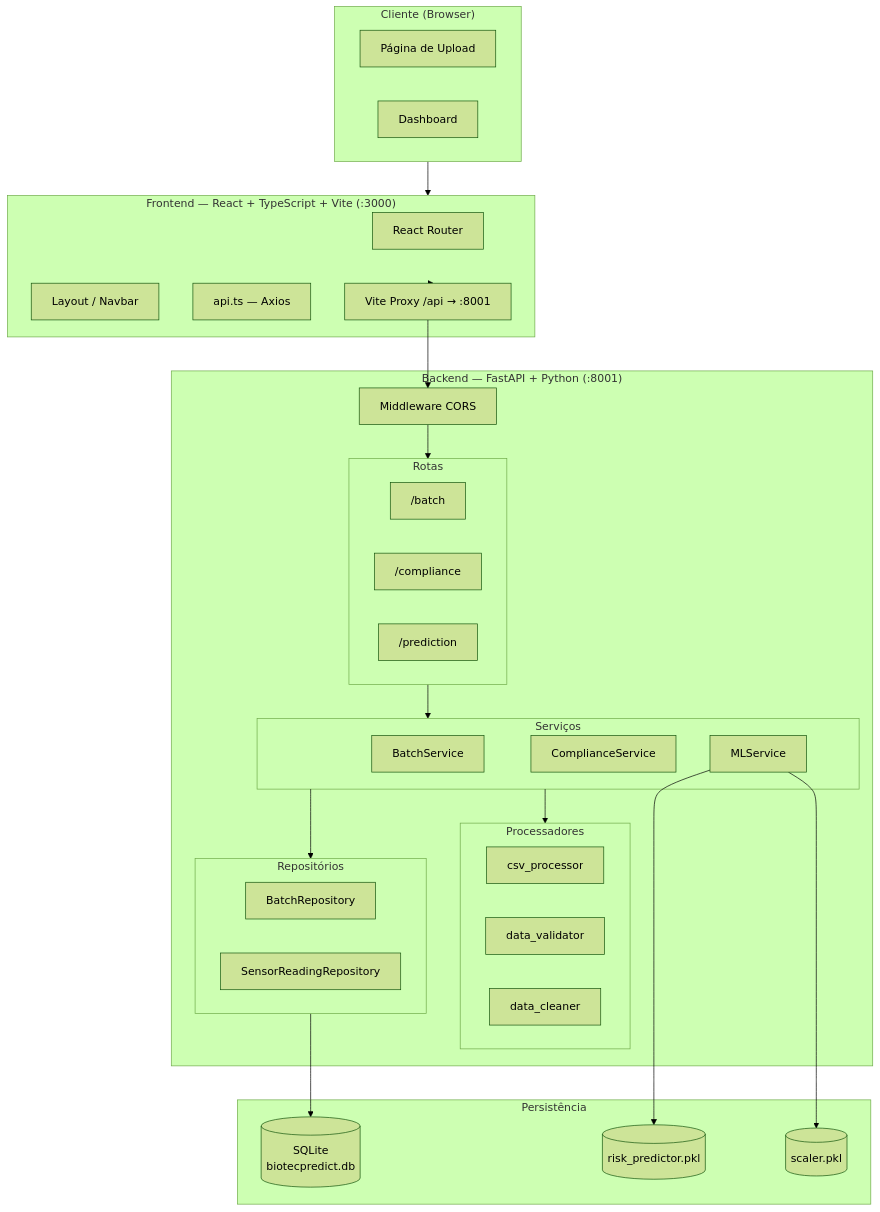
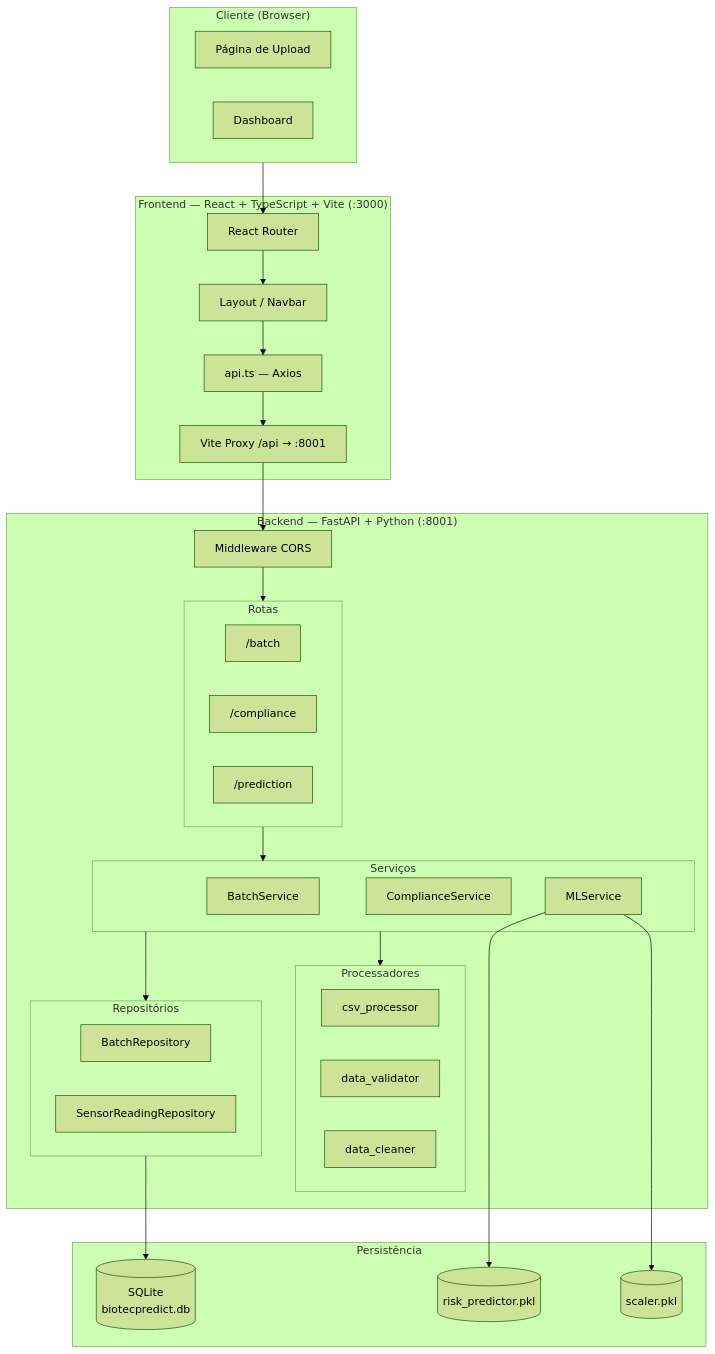
Before and after one commit to micheleoliveiracod/Projeto-avaliativo-M1-2-BiotecPredict: the first of 9 diagrams in docs/DIAGRAMAS.md, drawn with Mermaid (forest theme). The commit also changed other lines of this file, not shown here.

Commit message:
docs: altera layout do diagrama 05-pipeline-ml

````diff
--- a/docs/DIAGRAMAS.md
+++ b/docs/DIAGRAMAS.md
@@ -9,54 +9,56 @@
 ```mermaid
 graph TB
     subgraph Client ["Cliente (Browser)"]
         UI_UP[Página de Upload]
         UI_DB[Dashboard]
     end
 
     subgraph FE ["Frontend — React + TypeScript + Vite (:3000)"]
         ROUTER[React Router]
         LAYOUT[Layout / Navbar]
         SVC_API[api.ts — Axios]
         PROXY[Vite Proxy /api → :8001]
     end
 
     subgraph BE ["Backend — FastAPI + Python (:8001)"]
         MW[Middleware CORS]
         subgraph ROUTES ["Rotas"]
             R_BATCH["/batch"]
             R_COMP["/compliance"]
             R_PRED["/prediction"]
         end
         subgraph SERVICES ["Serviços"]
             S_BATCH[BatchService]
             S_COMP[ComplianceService]
             S_ML[MLService]
         end
         subgraph PROC ["Processadores"]
             P_CSV[csv_processor]
             P_VAL[data_validator]
             P_CLEAN[data_cleaner]
         end
         subgraph REPOS ["Repositórios"]
             RP_BATCH[BatchRepository]
             RP_SENSOR[SensorReadingRepository]
         end
     end
 
     subgraph STORAGE ["Persistência"]
         DB[(SQLite\nbiotecpredict.db)]
         PKL1[(risk_predictor.pkl)]
         PKL2[(scaler.pkl)]
     end
 
-    Client --> FE
-    FE --> PROXY
+    Client --> ROUTER
+    ROUTER --> LAYOUT
+    LAYOUT --> SVC_API
+    SVC_API --> PROXY
     PROXY --> MW
     MW --> ROUTES
     ROUTES --> SERVICES
     SERVICES --> PROC
     SERVICES --> REPOS
     S_ML --> PKL1
     S_ML --> PKL2
     REPOS --> DB
 ```
````
